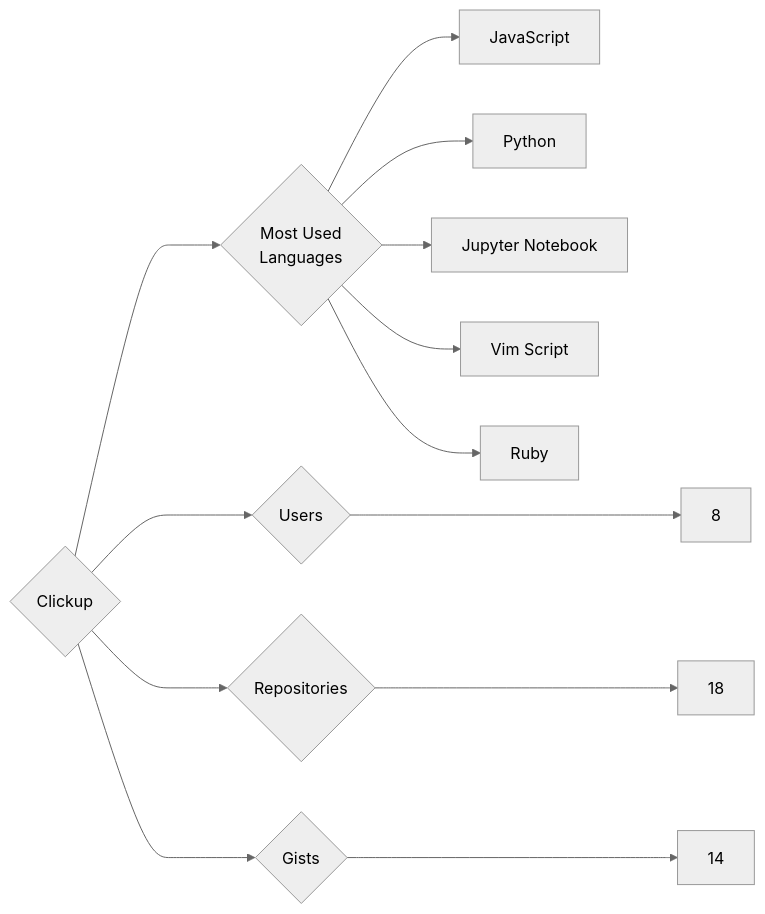
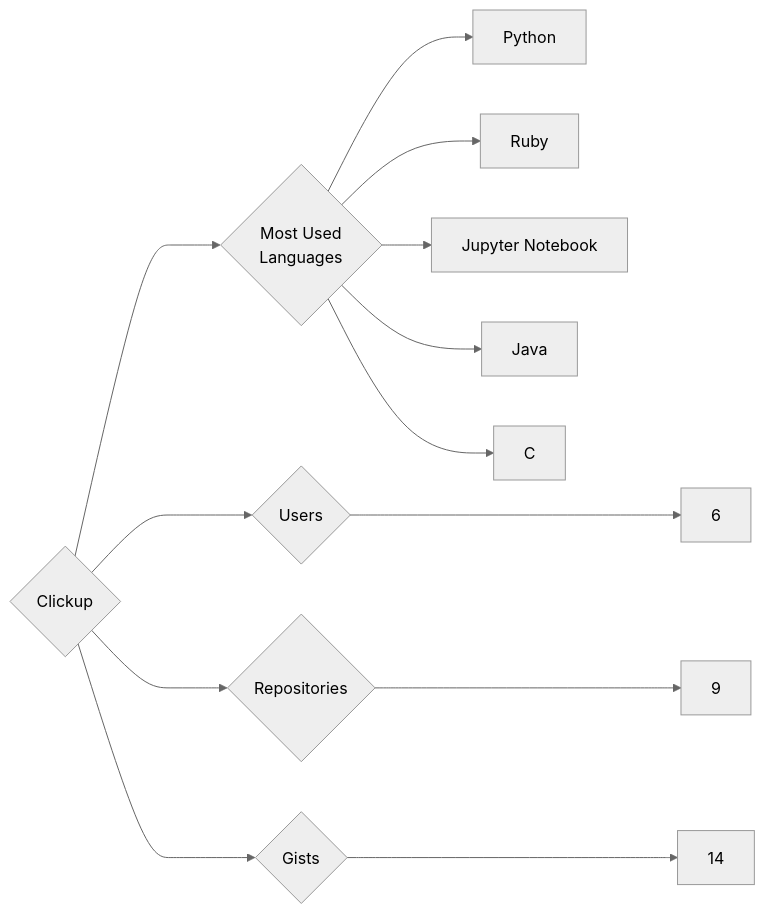
Before and after one commit to trickest/insiders: the diagram in targets/Clickup/README.md, drawn with Mermaid (neutral theme). The commit also changed 988 other files, not shown here.

````diff
--- a/targets/Clickup/README.md
+++ b/targets/Clickup/README.md
@@ -3,13 +3,13 @@
 ```mermaid
 graph LR
 COMPANY_NAME{Clickup}
-COMPANY_NAME ---> U{Users} ---> UN[8]
-COMPANY_NAME ---> R{Repositories} ---> RN[18]
+COMPANY_NAME ---> U{Users} ---> UN[6]
+COMPANY_NAME ---> R{Repositories} ---> RN[9]
 COMPANY_NAME ---> G{Gists} ---> GN[14]
 COMPANY_NAME ---> ML{Most Used<br>Languages}
-ML --> JavaScript[JavaScript]
 ML --> Python[Python]
+ML --> Ruby[Ruby]
 ML --> Jupyter_Notebook[Jupyter Notebook]
-ML --> Vim_Script[Vim Script]
-ML --> Ruby[Ruby]
+ML --> Java[Java]
+ML --> C[C]
 ```
````
